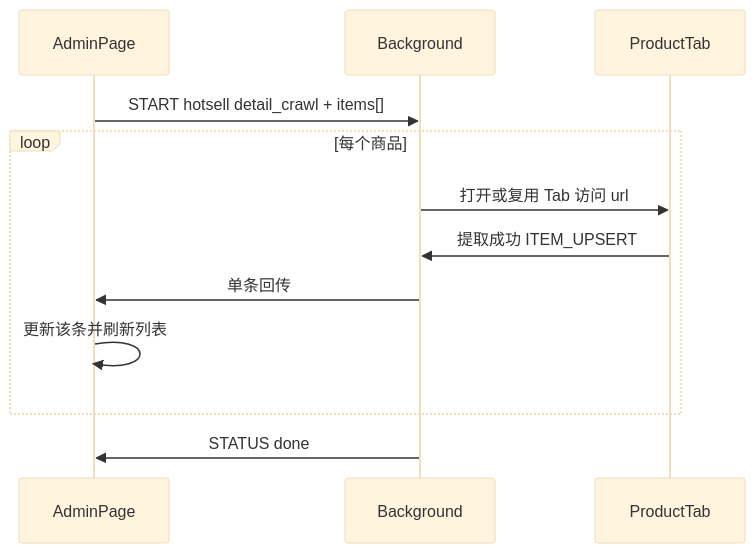
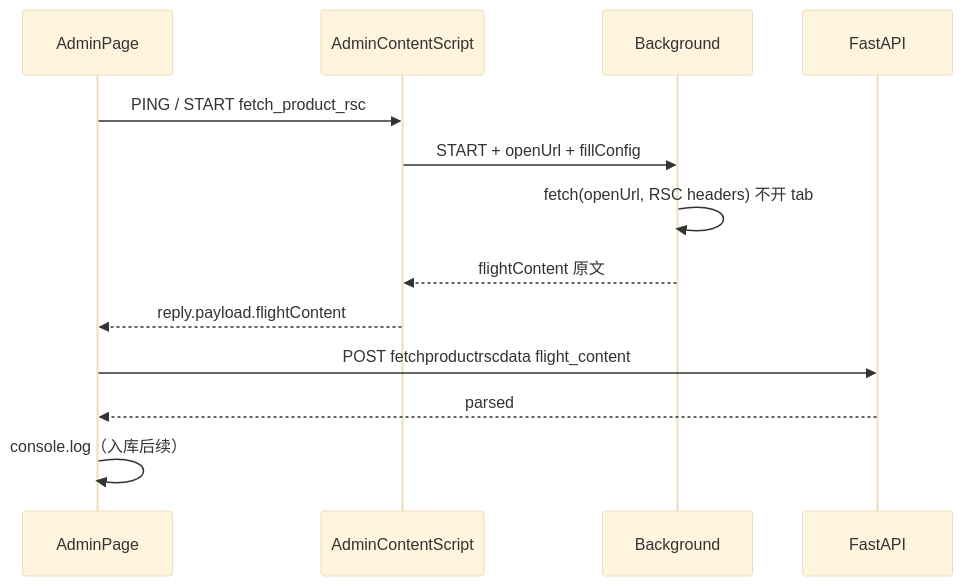
The second of 2 diagrams in .cursor/plans/浏览器扩展热卖采集_e533e6ae.plan.md (philliu66/hemu_oversea_fullstack), drawn with Mermaid (base theme) before and after one commit. The commit also changed other lines of this file and 23 other files, not shown here.

First line of the commit message:
feat: 热卖详情改为插件 RSC 直拉并支持 flight 入库

````diff
--- a/.cursor/plans/浏览器扩展热卖采集_e533e6ae.plan.md
+++ b/.cursor/plans/浏览器扩展热卖采集_e533e6ae.plan.md
@@ -183,15 +188,16 @@
 ```mermaid
 sequenceDiagram
   participant Admin as AdminPage
+  participant ACS as AdminContentScript
   participant BG as Background
-  participant ItemTab as ProductTab
+  participant API as FastAPI
 
-  Admin->>BG: START hotsell detail_crawl + items[]
-  loop 每个商品
-    BG->>ItemTab: 打开或复用 Tab 访问 url
-    ItemTab->>BG: 提取成功 ITEM_UPSERT
-    BG->>Admin: 单条回传
-    Admin->>Admin: 更新该条并刷新列表
-  end
-  BG->>Admin: STATUS done
+  Admin->>ACS: PING / START fetch_product_rsc
+  ACS->>BG: START + openUrl + fillConfig
+  BG->>BG: fetch(openUrl, RSC headers) 不开 tab
+  BG-->>ACS: flightContent 原文
+  ACS-->>Admin: reply.payload.flightContent
+  Admin->>API: POST fetchproductrscdata flight_content
+  API-->>Admin: parsed
+  Admin->>Admin: console.log（入库后续）
 ```
````
